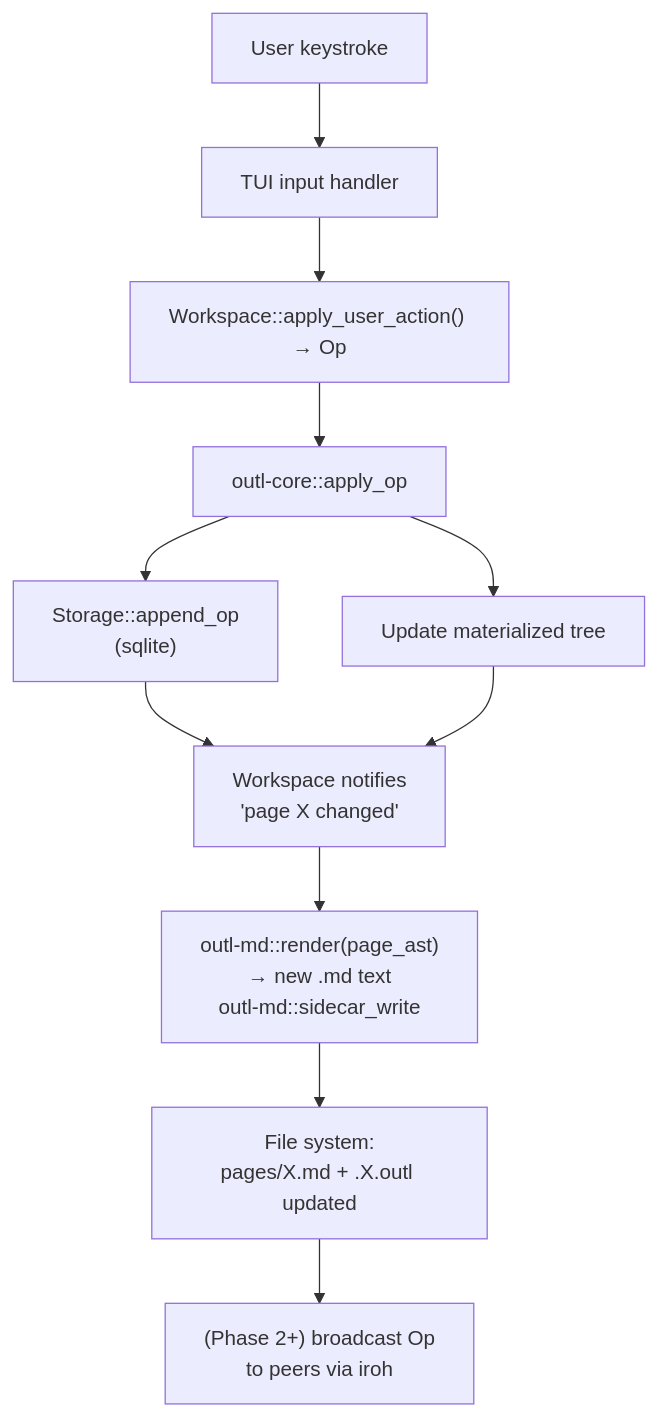
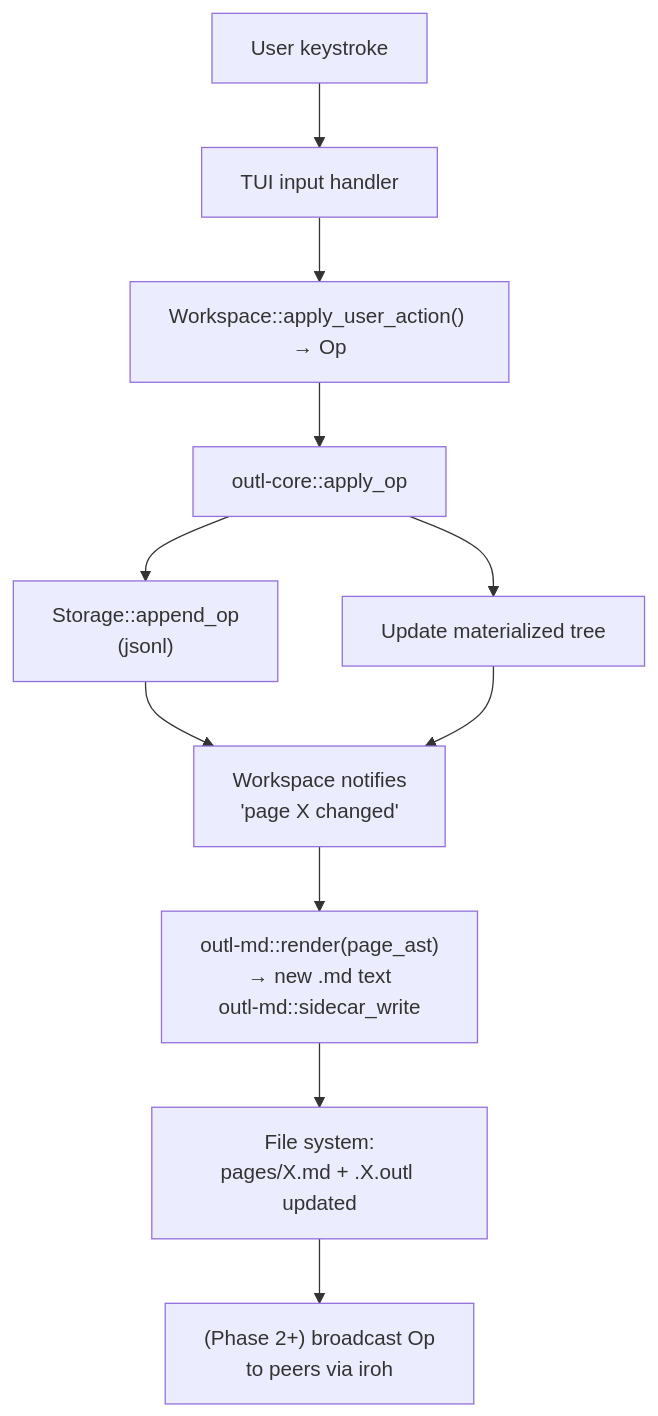
One commit to avelino/outl changed the second of 3 diagrams in docs/architecture.md. Above: the diagram before and after it, drawn with Mermaid. The commit also changed other lines of this file and 38 other files, not shown here.

````diff
--- a/docs/architecture.md
+++ b/docs/architecture.md
@@ -190,20 +192,20 @@
 ```mermaid
 flowchart TB
     keystroke[User keystroke]
     input[TUI input handler]
     action["Workspace::apply_user_action() → Op"]
     applyop[outl-core::apply_op]
-    storage["Storage::append_op<br/>(sqlite)"]
+    storage["Storage::append_op<br/>(jsonl)"]
     tree[Update materialized tree]
     notify["Workspace notifies<br/>'page X changed'"]
     render["outl-md::render(page_ast)<br/>→ new .md text<br/>outl-md::sidecar_write"]
     fs["File system:<br/>pages/X.md + .X.outl updated"]
     p2p["(Phase 2+) broadcast Op<br/>to peers via iroh"]
 
     keystroke --> input --> action --> applyop
     applyop --> storage
     applyop --> tree
     storage --> notify
     tree --> notify
     notify --> render --> fs --> p2p
 ```
````
